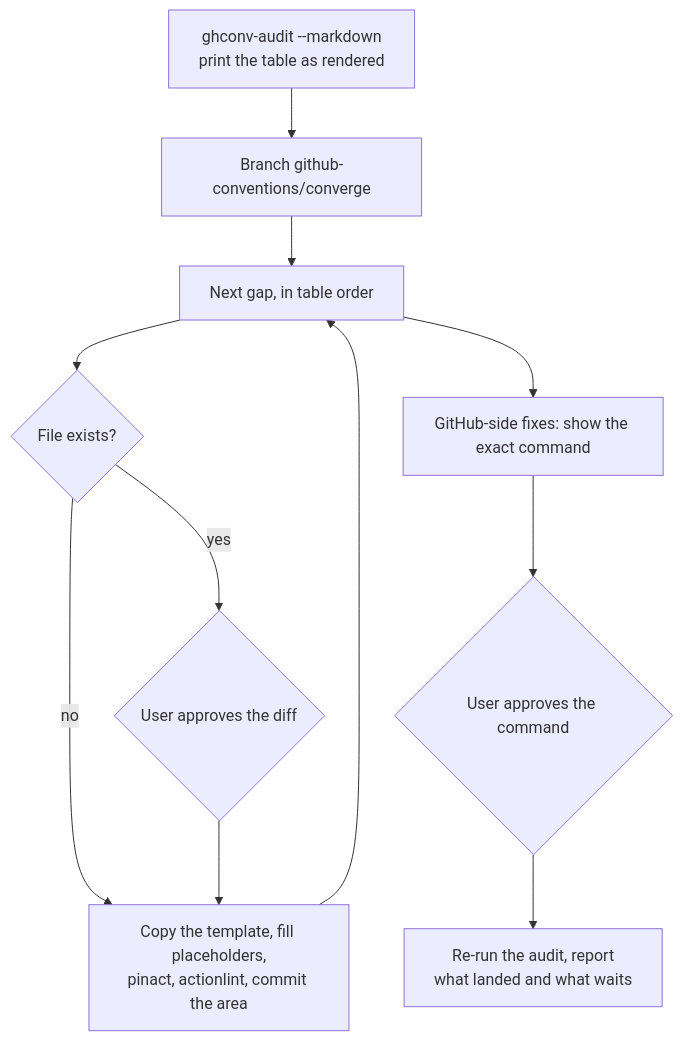
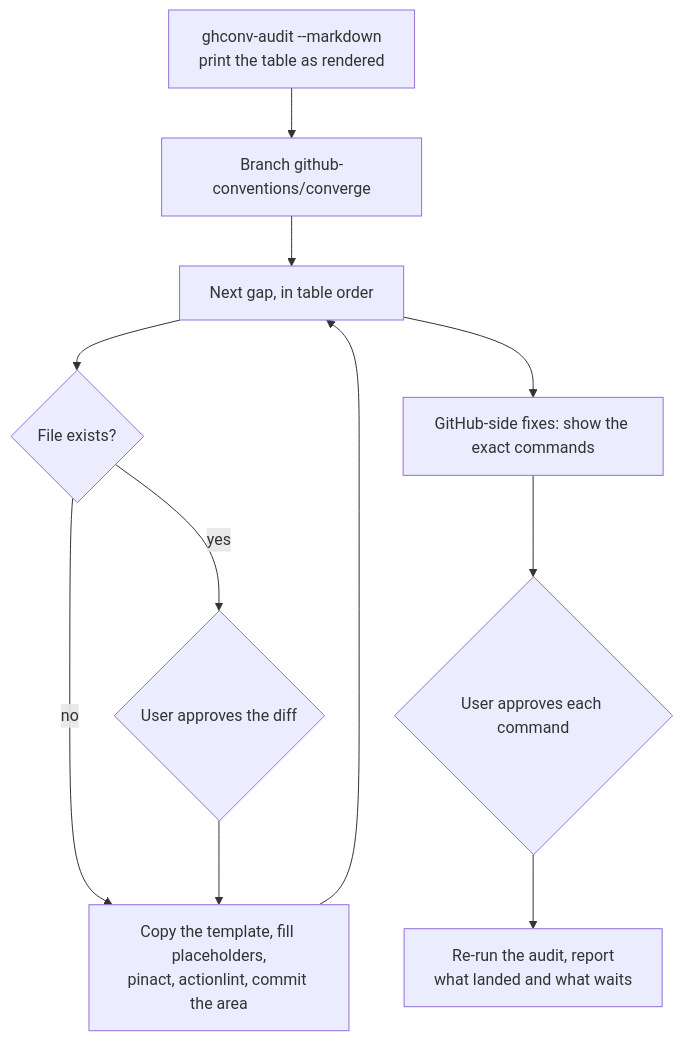
Before and after one commit to jhoblitt/conventions-claude: the first of 6 diagrams in README.md, drawn with Mermaid. The commit also changed other lines of this file and 24 other files, not shown here.

````diff
--- a/README.md
+++ b/README.md
@@ -89,13 +89,13 @@
 ```mermaid
 flowchart TD
   A["ghconv-audit --markdown<br/>print the table as rendered"] --> B["Branch github-conventions/converge"]
   B --> C["Next gap, in table order"]
   C --> D{"File exists?"}
   D -- no --> E["Copy the template, fill placeholders,<br/>pinact, actionlint, commit the area"]
   D -- yes --> F{"User approves the diff"}
   F --> E
   E --> C
-  C --> G["GitHub-side fixes: show the exact command"]
-  G --> H{"User approves the command"}
+  C --> G["GitHub-side fixes: show the exact commands"]
+  G --> H{"User approves each command"}
   H --> I["Re-run the audit, report<br/>what landed and what waits"]
 ```
````
